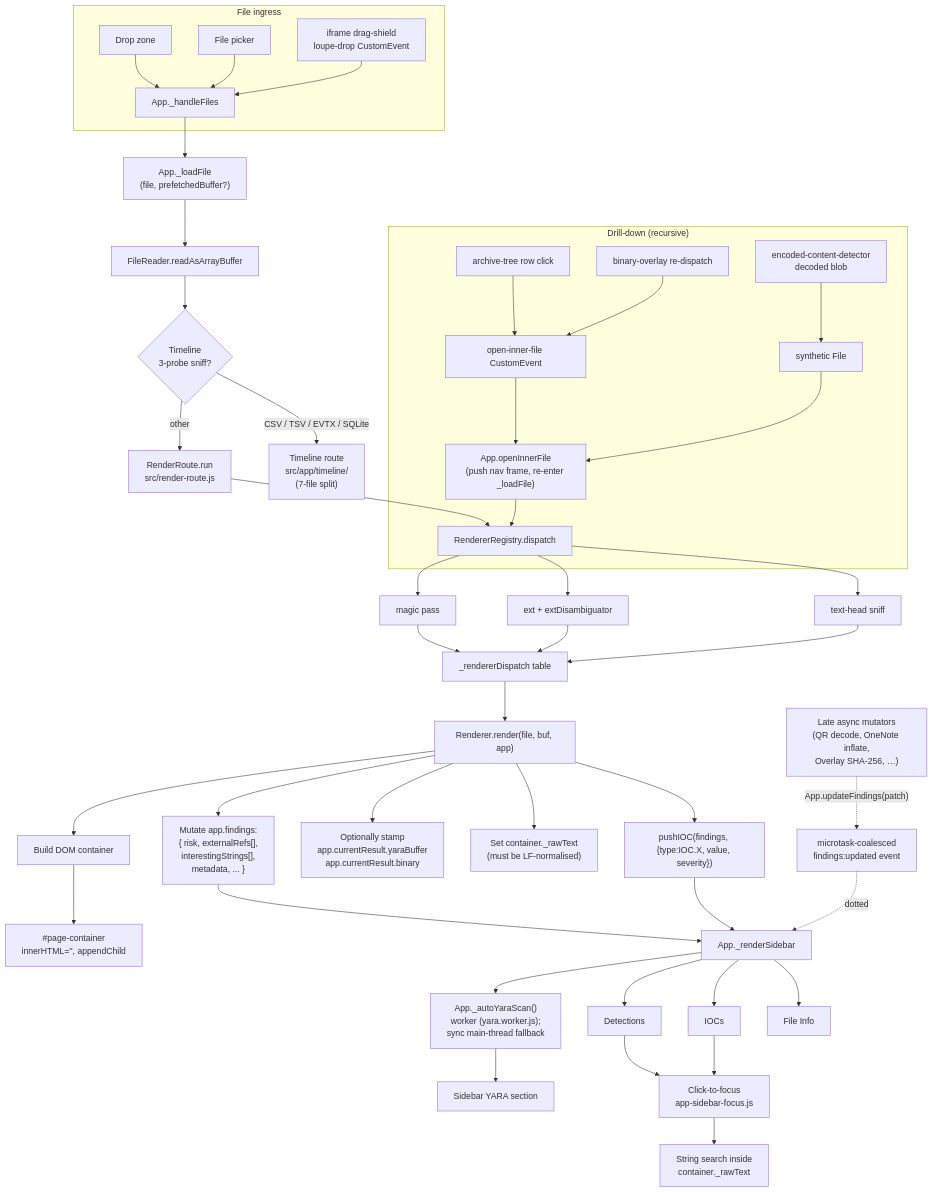
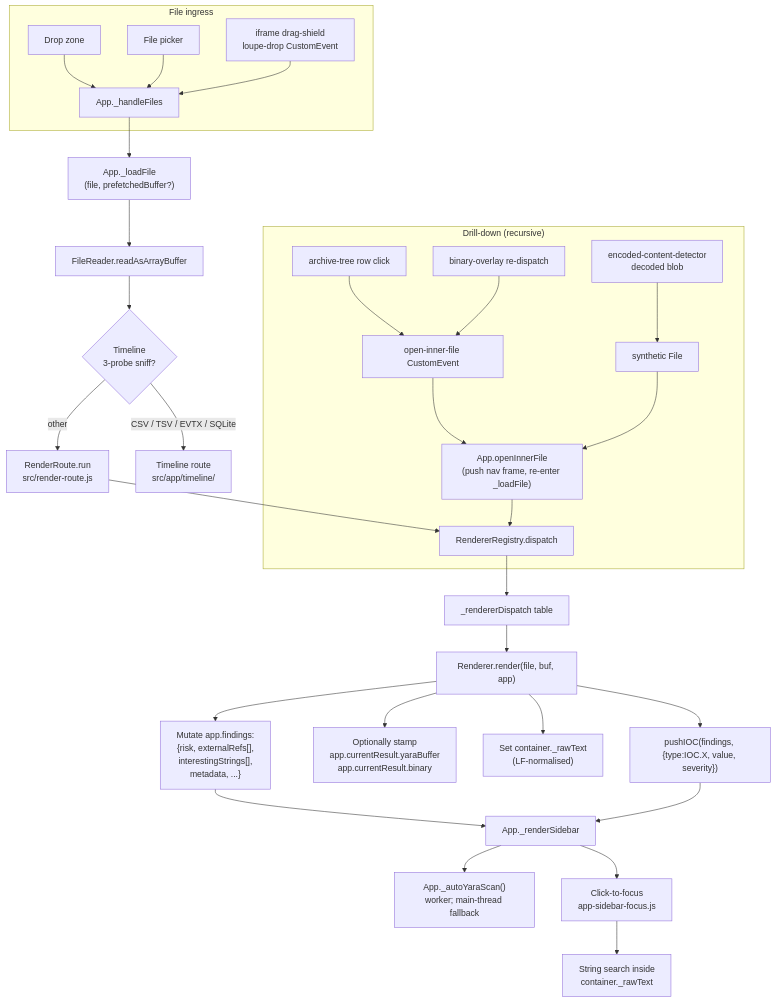
Before and after one commit to Loupe-tools/Loupe: the first of 2 diagrams in CONTRIBUTING.md, drawn with Mermaid. The commit also changed other lines of this file and 4 other files, not shown here.

First line of the commit message:
docs: shake down doc set for signal-density and clear scope

````diff
--- a/CONTRIBUTING.md
+++ b/CONTRIBUTING.md
@@ -143,70 +135,42 @@
 ```mermaid
 flowchart TD
-    %% Ingress
     subgraph INGRESS["File ingress"]
         A1[Drop zone]
         A2[File picker]
         A3["iframe drag-shield<br/>loupe-drop CustomEvent"]
         A1 --> H[App._handleFiles]
         A2 --> H
         A3 --> H
     end
 
     H --> L["App._loadFile<br/>(file, prefetchedBuffer?)"]
     L --> RB[FileReader.readAsArrayBuffer]
     RB --> SNIFF{Timeline<br/>3-probe sniff?}
 
-    %% Timeline branch
-    SNIFF -- "CSV / TSV / EVTX / SQLite" --> TL["Timeline route<br/>src/app/timeline/<br/>(7-file split)"]
-
-    %% Generic branch
+    SNIFF -- "CSV / TSV / EVTX / SQLite" --> TL["Timeline route<br/>src/app/timeline/"]
     SNIFF -- other --> RR2["RenderRoute.run<br/>src/render-route.js"]
     RR2 --> RR[RendererRegistry.dispatch]
-    RR --> RM[magic pass]
-    RR --> RX[ext + extDisambiguator]
-    RR --> RT[text-head sniff]
-    RM --> DT[_rendererDispatch table]
-    RX --> DT
-    RT --> DT
+    RR --> DT[_rendererDispatch table]
 
     DT --> RD["Renderer.render(file, buf, app)"]
-
-    %% Renderer side-effects
-    RD --> SE1[Build DOM container]
-    RD --> SE2["Mutate app.findings:<br/>{ risk, externalRefs[],<br/>interestingStrings[],<br/>metadata, ... }"]
+    RD --> SE2["Mutate app.findings:<br/>{risk, externalRefs[],<br/>interestingStrings[],<br/>metadata, ...}"]
     RD --> SE3["Optionally stamp<br/>app.currentResult.yaraBuffer<br/>app.currentResult.binary"]
-    RD --> SE4["Set container._rawText<br/>(must be LF-normalised)"]
+    RD --> SE4["Set container._rawText<br/>(LF-normalised)"]
     RD --> SE5["pushIOC(findings, {type:IOC.X, value, severity})"]
 
-    %% Mount + sidebar
-    SE1 --> MOUNT["#page-container<br/>innerHTML='', appendChild"]
     SE2 --> SBR[App._renderSidebar]
     SE5 --> SBR
+    SBR --> YARA["App._autoYaraScan()<br/>worker; main-thread fallback"]
 
-    %% Late mutator escape hatch (App.updateFindings)
-    LATE["Late async mutators<br/>(QR decode, OneNote inflate,<br/>Overlay SHA-256, …)"]
-    LATE -. "App.updateFindings(patch)" .-> UPD["microtask-coalesced<br/>findings:updated event"]
-    UPD -. dotted .-> SBR
-
-    %% YARA
-    SBR --> YARA["App._autoYaraScan()<br/>worker (yara.worker.js);<br/>sync main-thread fallback"]
-    YARA --> SBY[Sidebar YARA section]
-
-    %% Drill-down (unified via App.openInnerFile)
     subgraph DRILL["Drill-down (recursive)"]
         D1[archive-tree row click] --> DEV[open-inner-file CustomEvent]
         D2[binary-overlay re-dispatch] --> DEV
         D3["encoded-content-detector<br/>decoded blob"] --> D3a[synthetic File]
         DEV --> OIF["App.openInnerFile<br/>(push nav frame, re-enter _loadFile)"]
         D3a --> OIF
         OIF --> RR
     end
 
-    %% Sidebar surfaces
-    SBR --> S1[Detections]
-    SBR --> S2[IOCs]
-    SBR --> S3[File Info]
-    S1 --> CTF[Click-to-focus<br/>app-sidebar-focus.js]
-    S2 --> CTF
+    SBR --> CTF[Click-to-focus<br/>app-sidebar-focus.js]
     CTF --> CTFs[String search inside<br/>container._rawText]
 ```
````
